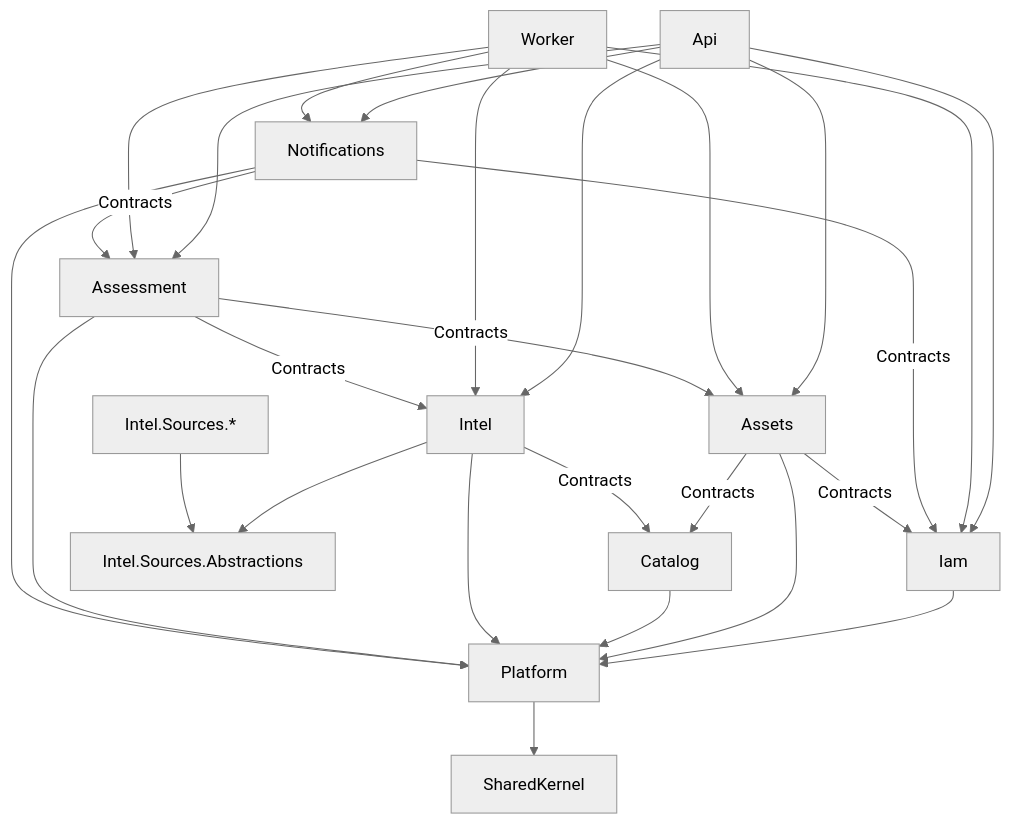
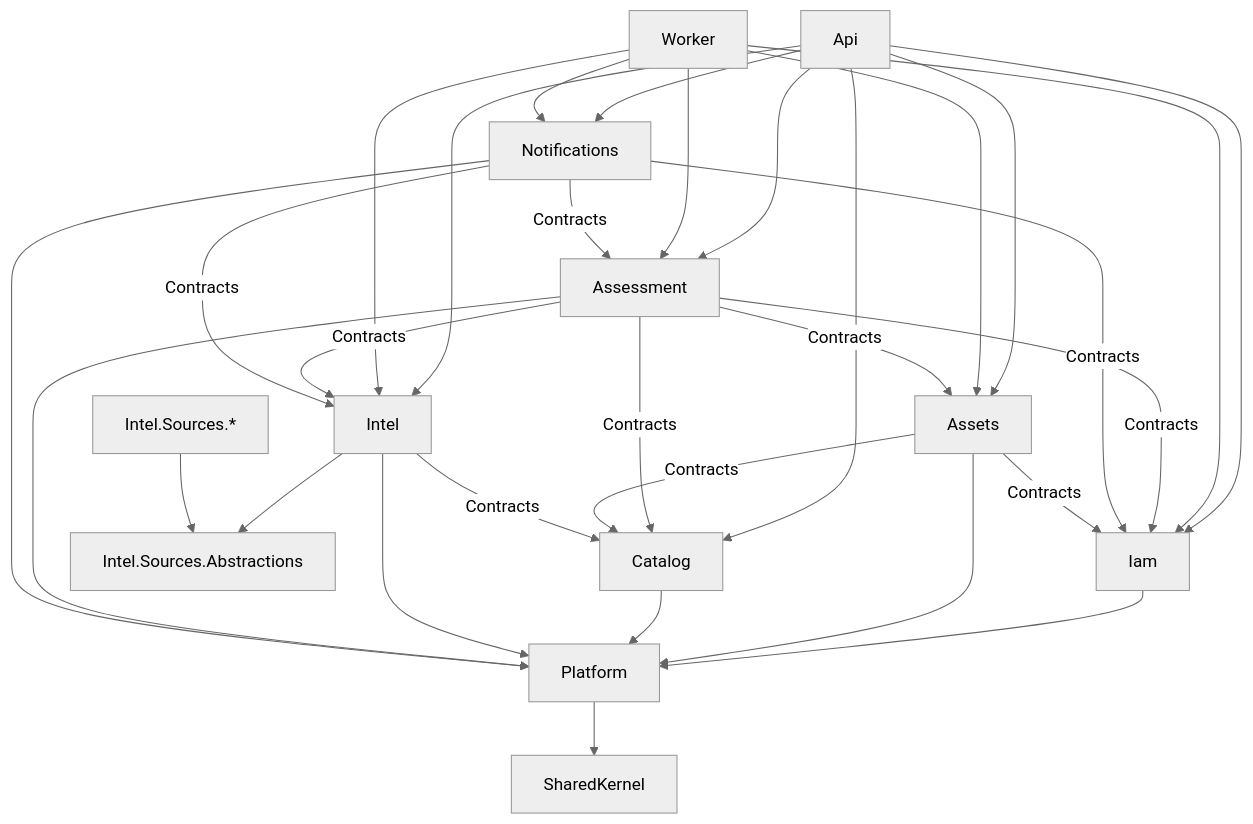
One commit to NicoM77/Ardea changed the second of 3 diagrams in docs/masterplan/03-architektur.md. Above: the diagram before and after it, drawn with Mermaid (neutral theme). The commit also changed other lines of this file and 19 other files, not shown here.

````diff
--- a/docs/masterplan/03-architektur.md
+++ b/docs/masterplan/03-architektur.md
@@ -59,16 +59,19 @@
 ```mermaid
 flowchart TB
-  Api --> Iam & Assets & Intel & Assessment & Notifications
+  Api --> Iam & Assets & Catalog & Intel & Assessment & Notifications
   Worker --> Intel & Assessment & Notifications & Assets & Iam
   Assessment -->|Contracts| Intel
   Assessment -->|Contracts| Assets
+  Assessment -->|Contracts| Catalog
+  Assessment -->|Contracts| Iam
   Notifications -->|Contracts| Assessment
   Notifications -->|Contracts| Iam
+  Notifications -->|Contracts| Intel
   Assets -->|Contracts| Iam
   Assets -->|Contracts| Catalog
   Intel -->|Contracts| Catalog
   Intel --> SDK[Intel.Sources.Abstractions]
   Quellenadapter[Intel.Sources.*] --> SDK
   Iam & Assets & Catalog & Intel & Assessment & Notifications --> Platform
   Platform --> SharedKernel
 ```
````
